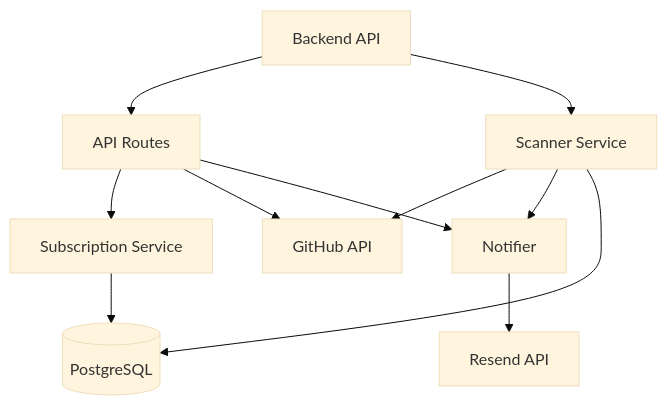
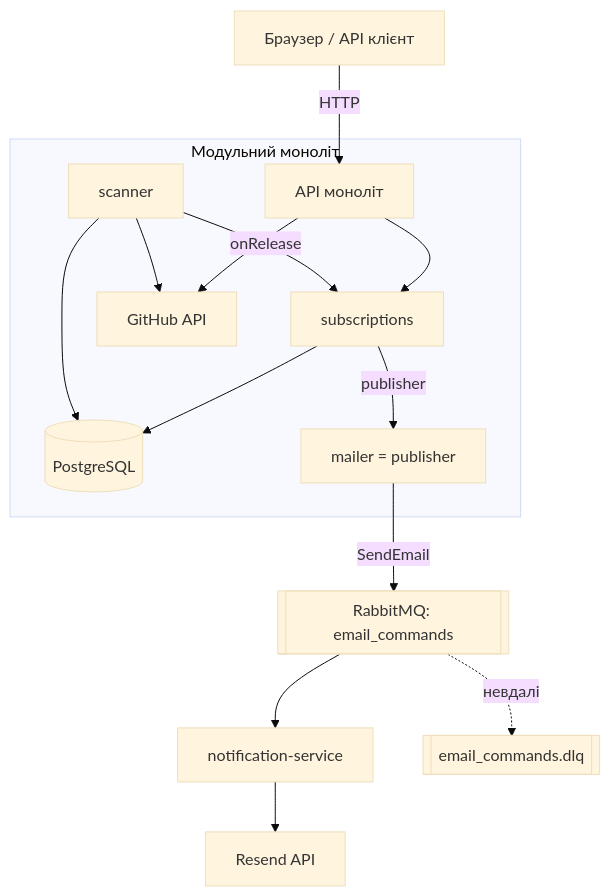
One commit to GenesisEducationKyiv/software-engineering-school-6-0-ExLyD1 changed the first of 3 diagrams in docs/SDD.md. Above: the diagram before and after it, drawn with Mermaid (base theme). The commit also changed other lines of this file, not shown here.

Commit message:
docs: update SDD to current architecture (broker, notification service, DLQ)

````diff
--- a/docs/SDD.md
+++ b/docs/SDD.md
@@ -87,16 +88,19 @@
 ```mermaid
 graph TD
-    GW[Backend API] --> APIService[API Routes]
-    GW --> ScannerService[Scanner Service]
+    Client[Браузер / API клієнт] -->|HTTP| API[API моноліт]
 
-    APIService --> SubscriptionService[Subscription Service]
-    APIService --> GitHubAPI[GitHub API]
-    APIService --> Notifier[Notifier]
+    subgraph Monolith[Модульний моноліт]
+        API --> Subs[subscriptions]
+        Scanner[scanner] -->|onRelease| Subs
+        API --> GH[GitHub API]
+        Scanner --> GH
+        Subs --> DB[(PostgreSQL)]
+        Scanner --> DB
+        Subs -->|publisher| Pub[mailer = publisher]
+    end
 
-    ScannerService --> GitHubAPI
-    ScannerService --> Notifier
-    ScannerService --> DB[(PostgreSQL)]
-
-    SubscriptionService --> DB
-    Notifier --> ResendAPI[Resend API]
+    Pub -->|SendEmail| MQ[[RabbitMQ: email_commands]]
+    MQ --> Notif[notification-service]
+    MQ -. невдалі .-> DLQ[[email_commands.dlq]]
+    Notif --> Resend[Resend API]
 ```
````
